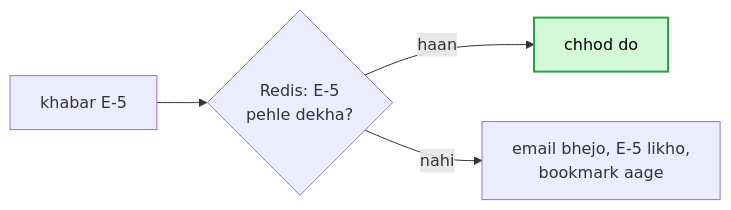
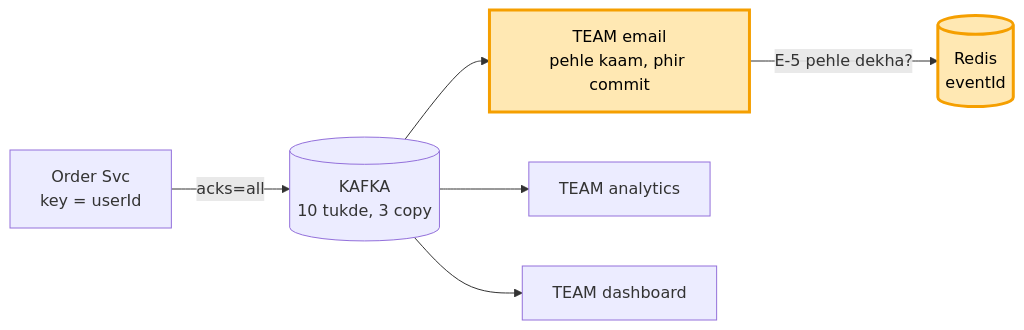
Diagram 14 of 18 in 04_HLD/SYSTEM_DESIGNS/12_message_queue_kafka/kafka_seedha.md (ArpanMaheshwari144/Prep), drawn with Mermaid before and after one commit. The commit also changed other lines of this file, not shown here.

Commit message:
kafka seedha: ek behti kahani, label nahi, har kadam ka design pichhle ko badhata

````diff
--- a/04_HLD/SYSTEM_DESIGNS/12_message_queue_kafka/kafka_seedha.md
+++ b/04_HLD/SYSTEM_DESIGNS/12_message_queue_kafka/kafka_seedha.md
@@ -293,7 +329,10 @@
 ```mermaid
 flowchart LR
-    K["khabar E-5"] --> R{"Redis: E-5<br/>pehle dekha?"}
-    R -- haan --> S["chhod do"]
-    R -- nahi --> E["email bhejo, E-5 likho,<br/>bookmark aage"]
-    style S fill:#d3f9d8,stroke:#2f9e44,stroke-width:2px,color:#000
+    O["Order Svc<br/>key = userId"] -- "acks=all" --> K[("KAFKA<br/>10 tukde, 3 copy")]
+    K --> E["TEAM email<br/>pehle kaam, phir commit"]
+    E -- "E-5 pehle dekha?" --> R[("Redis<br/>eventId")]
+    K --> A["TEAM analytics"]
+    K --> D["TEAM dashboard"]
+    style E fill:#ffe8b3,stroke:#f59f00,stroke-width:3px,color:#000
+    style R fill:#ffe8b3,stroke:#f59f00,stroke-width:3px,color:#000
 ```
````
